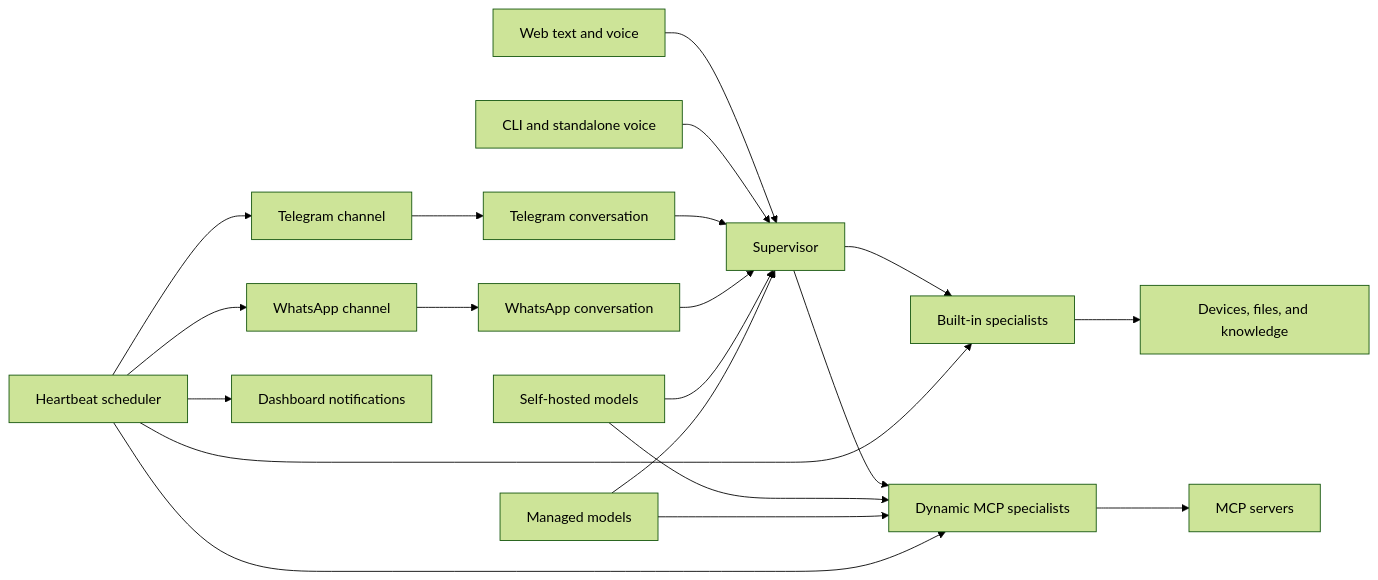
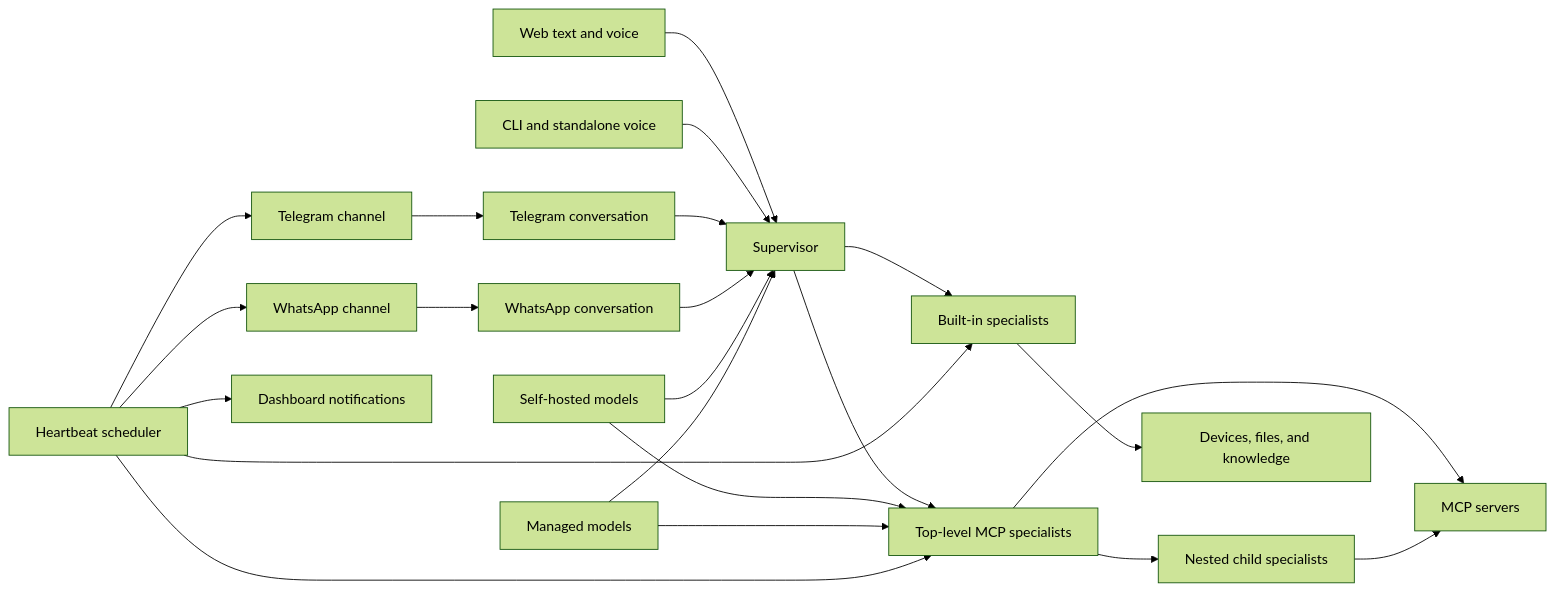
Before and after one commit to AhmedAabedd/jarvis-local-assistant: the diagram in README.md, drawn with Mermaid (forest theme). The commit also changed other lines of this file and 19 other files, not shown here.

````diff
--- a/README.md
+++ b/README.md
@@ -73,25 +73,27 @@
 ```mermaid
 flowchart LR
     Web[Web text and voice] --> S[Supervisor]
     CLI[CLI and standalone voice] --> S
     TG[Telegram channel] --> TS[Telegram conversation]
     TS --> S
     WA[WhatsApp channel] --> WS[WhatsApp conversation]
     WS --> S
 
     S --> B[Built-in specialists]
-    S --> D[Dynamic MCP specialists]
+    S --> D[Top-level MCP specialists]
+    D --> ND[Nested child specialists]
     B --> ENV[Devices, files, and knowledge]
     D --> MCP[MCP servers]
+    ND --> MCP
 
     SM[Self-hosted models] --> S
     CM[Managed models] --> S
     SM --> D
     CM --> D
 
     HB[Heartbeat scheduler] --> B
     HB --> D
     HB --> N[Dashboard notifications]
     HB --> TG
     HB --> WA
 ```
````
